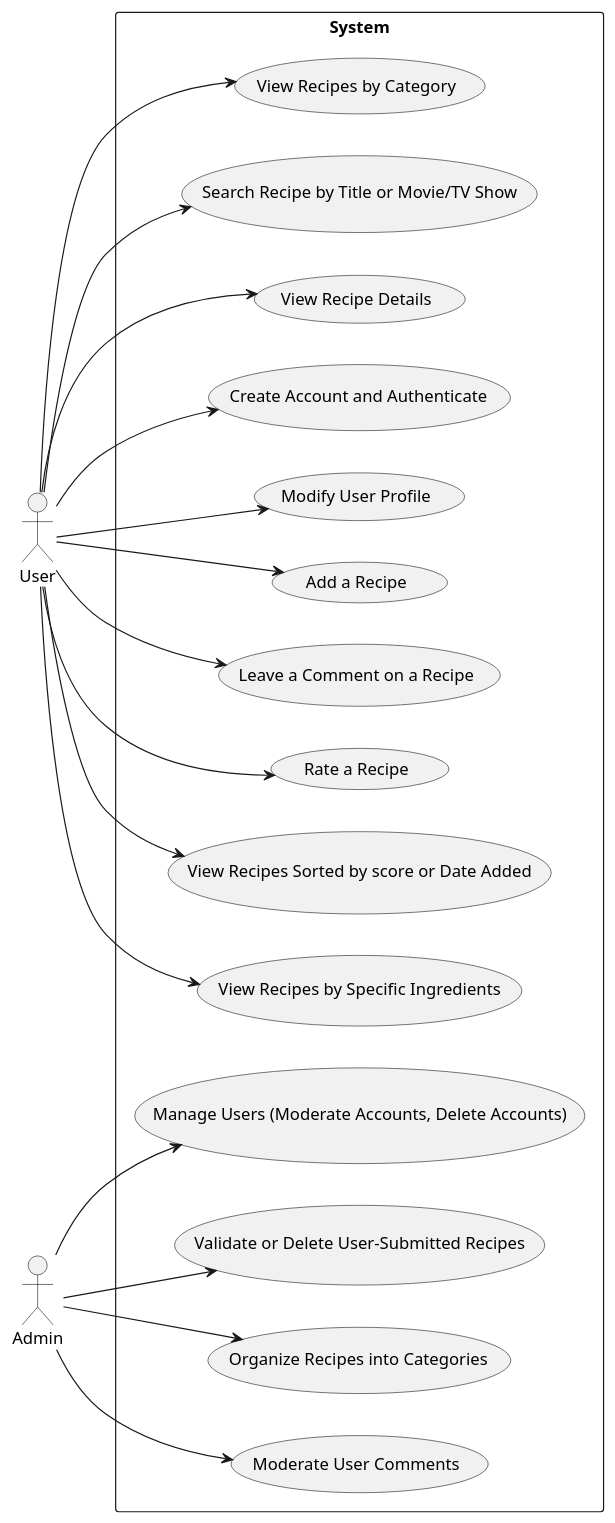
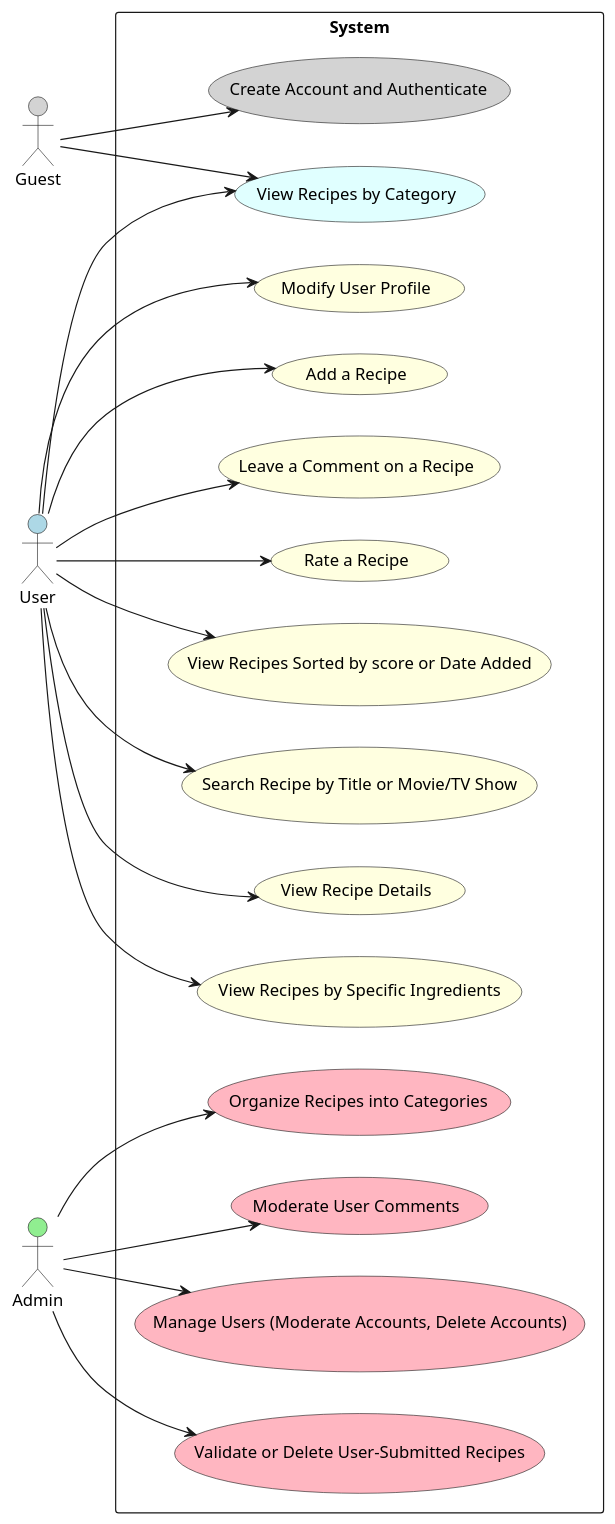
The diagram in conception/diagrammes/use_cases.puml (josephDelnord/cinesaveurs), drawn with PlantUML before and after one commit. The commit also changed 29 other files, not shown here.

Commit message:
review MCD, MLD, Diagrammes, arborescence

```diff
--- a/conception/diagrammes/use_cases.puml
+++ b/conception/diagrammes/use_cases.puml
@@ -1,41 +1,46 @@
 @startuml
 left to right direction
 
-actor "User" as U
-actor "Admin" as A
+actor "Guest" as G #lightgray
+actor "User" as U #lightblue
+actor "Admin" as A #lightgreen
 
 rectangle "System" {
   
-  usecase "View Recipes by Category" as UC1
-  usecase "Search Recipe by Title or Movie/TV Show" as UC2
-  usecase "View Recipe Details" as UC3
-  usecase "Create Account and Authenticate" as UC4
-  usecase "Modify User Profile" as UC5
-  usecase "Add a Recipe" as UC6
-  usecase "Leave a Comment on a Recipe" as UC7
-  usecase "Rate a Recipe" as UC8
-  usecase "View Recipes Sorted by score or Date Added" as UC10
-  usecase "View Recipes by Specific Ingredients" as UC11
-  
-  usecase "Manage Users (Moderate Accounts, Delete Accounts)" as UC12
-  usecase "Validate or Delete User-Submitted Recipes" as UC13
-  usecase "Organize Recipes into Categories" as UC14
-  usecase "Moderate User Comments" as UC15
+  usecase "View Recipes by Category" as UC1 #lightcyan
+  usecase "Search Recipe by Title or Movie/TV Show" as UC2 #lightyellow
+  usecase "View Recipe Details" as UC3 #lightyellow 
+  usecase "Create Account and Authenticate" as UC4 #lightgray
+  usecase "Modify User Profile" as UC5 #lightyellow
+  usecase "Add a Recipe" as UC6 #lightyellow
+  usecase "Leave a Comment on a Recipe" as UC7 #lightyellow
+  usecase "Rate a Recipe" as UC8 #lightyellow
+  usecase "View Recipes Sorted by score or Date Added" as UC10 #lightyellow
+  usecase "View Recipes by Specific Ingredients" as UC11 #lightyellow
+  usecase "Manage Users (Moderate Accounts, Delete Accounts)" as UC12 #lightpink
+  usecase "Validate or Delete User-Submitted Recipes" as UC13 #lightpink
+  usecase "Organize Recipes into Categories" as UC14 #lightpink
+  usecase "Moderate User Comments" as UC15 #lightpink
 }
 
+' Guest Access (light gray)
+G -down-> UC1
+G -down-> UC4
+
+' User Access (light blue)
 U -down-> UC1
 U -down-> UC2
 U -down-> UC3
-U -down-> UC4
 U -down-> UC5
 U -down-> UC6
 U -down-> UC7
 U -down-> UC8
 U -down-> UC10
 U -down-> UC11
 
+' Admin Access (light green)
 A -down-> UC12
 A -down-> UC13
 A -down-> UC14
 A -down-> UC15
 @enduml
```
